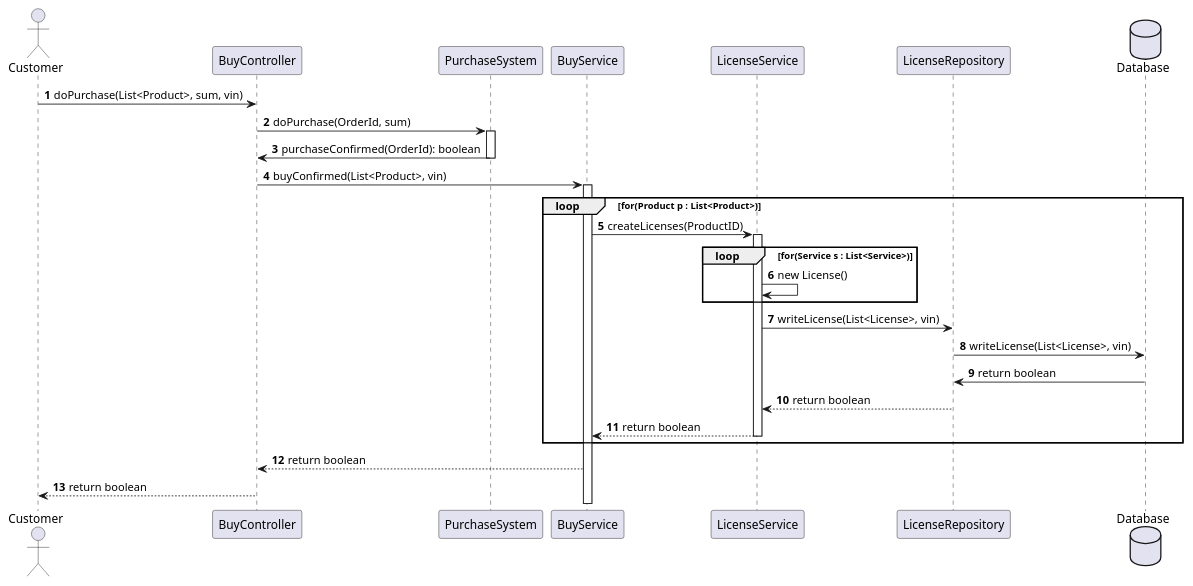
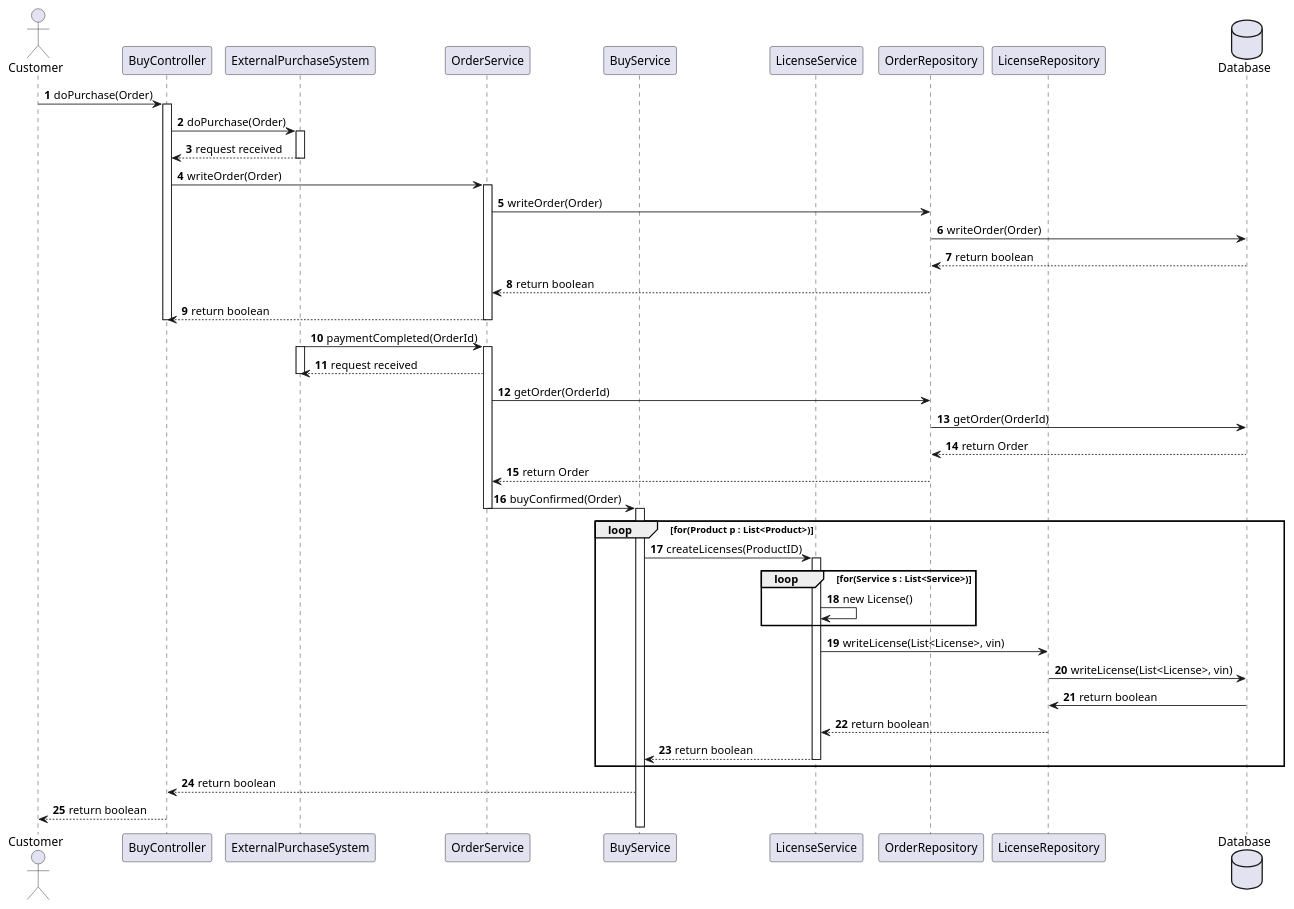
The diagram in Phase_1/SequenceBuy_1.1.puml (ljbg1996/car-backend), drawn with PlantUML before and after one commit.

Commit message:
SequenceBuy_1.1.puml

```diff
--- a/Phase_1/SequenceBuy_1.1.puml
+++ b/Phase_1/SequenceBuy_1.1.puml
@@ -1,43 +1,72 @@
 @startuml
 'https://plantuml.com/sequence-diagram
 autonumber
 actor Customer as c
 
 participant BuyController as co
-participant PurchaseSystem as ps
+participant ExternalPurchaseSystem as eps
+participant OrderService as ps
+
 participant BuyService as s
 
 participant LicenseService as ls
+participant OrderRepository as os
+
+participant LicenseRepository as lr
+
+database Database as db
+
+c-> co : doPurchase(Order)
+activate co
+co -> eps: doPurchase(Order)
+activate eps
+eps --> co: request received
+deactivate eps
+
+co -> ps: writeOrder(Order)
+
+activate ps
+ps -> os: writeOrder(Order)
+os -> db:writeOrder(Order)
+db --> os:return boolean
+os --> ps:return boolean
+ps --> co:return boolean
+deactivate co
+deactivate ps
+eps -> ps: paymentCompleted(OrderId)
+activate eps
+activate ps
+ps --> eps: request received
+deactivate eps
+
+ps -> os:getOrder(OrderId)
+os->db:getOrder(OrderId)
+db --> os:return Order
+os --> ps:return Order
 
 
 
-participant LicenseRepository as lr
-database Database as db
 
-c-> co : doPurchase(List<Product>, sum, vin)
-co -> ps: doPurchase(OrderId, sum)
-activate ps
-ps->co : purchaseConfirmed(OrderId): boolean
+ps-> s: buyConfirmed(Order)
 deactivate ps
-co-> s: buyConfirmed(List<Product>, vin)
 activate s
 loop for(Product p : List<Product>)
     s-> ls: createLicenses(ProductID)
     activate ls
     loop for(Service s : List<Service>)
         ls -> ls : new License()
         end
         ls -> lr: writeLicense(List<License>, vin)
         lr -> db:writeLicense(List<License>, vin)
         db -> lr: return boolean
         lr --> ls: return boolean
         ls-->s: return boolean
         deactivate ls
     end
 s --> co: return boolean
 co --> c: return boolean
 
 
 
 
 @enduml
```
